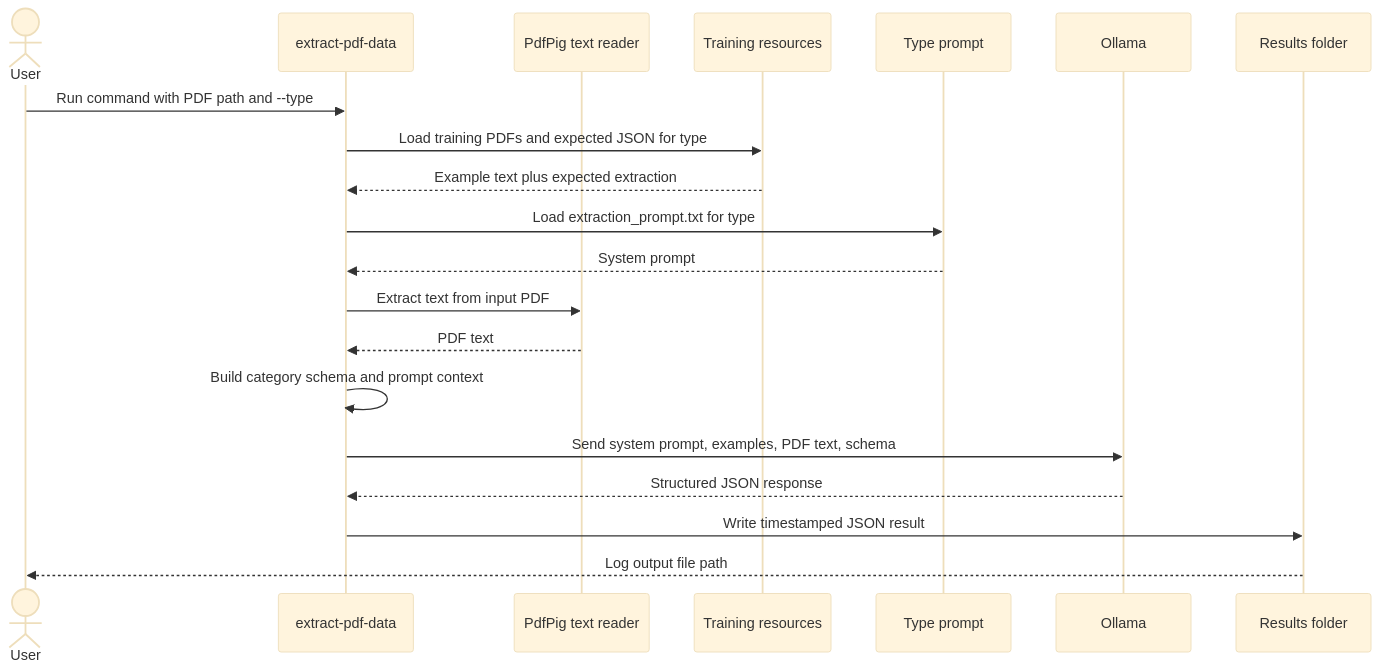
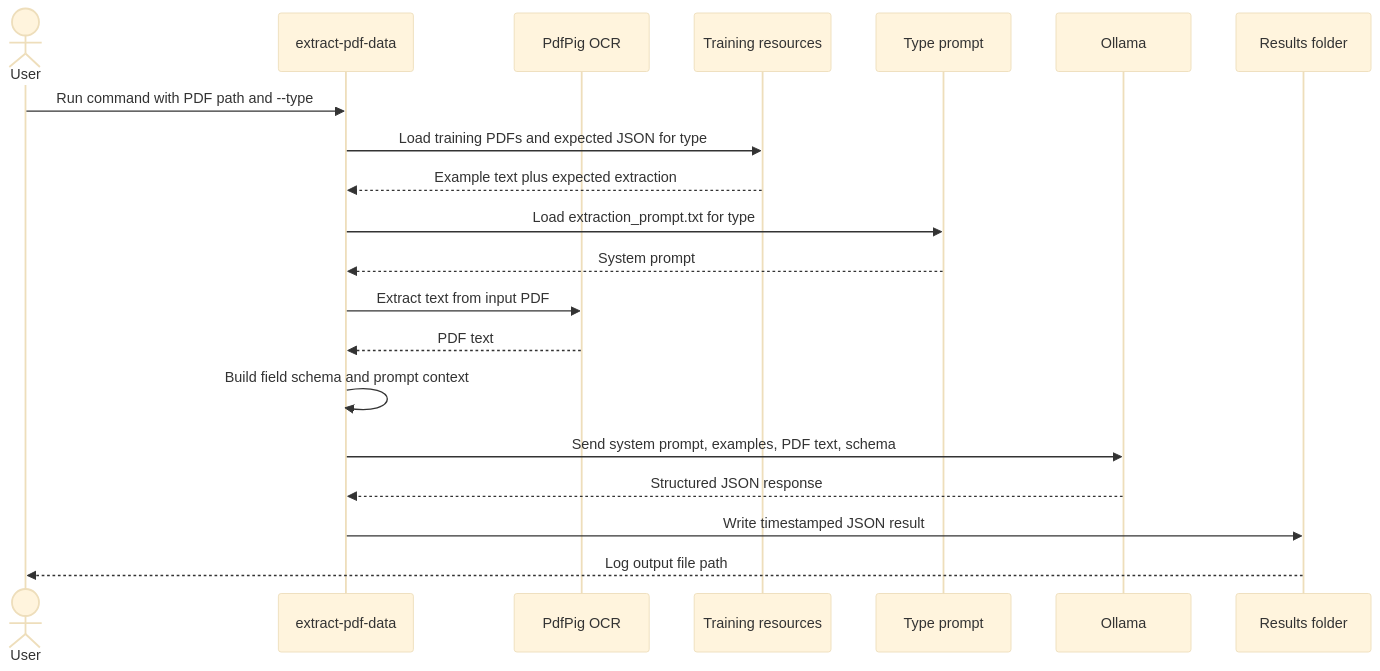
One commit to brandadrian/document-processor changed the second of 2 diagrams in README.md. Above: the diagram before and after it, drawn with Mermaid (base theme). The commit also changed other lines of this file and 17 other files, not shown here.

````diff
--- a/README.md
+++ b/README.md
@@ -56,23 +108,23 @@
 ```mermaid
 sequenceDiagram
     actor User
     participant CLI as extract-pdf-data
-    participant Text as PdfPig text reader
+    participant Text as PdfPig OCR
     participant Training as Training resources
     participant Prompt as Type prompt
     participant Ollama
     participant Output as Results folder
 
     User->>CLI: Run command with PDF path and --type
     CLI->>Training: Load training PDFs and expected JSON for type
     Training-->>CLI: Example text plus expected extraction
     CLI->>Prompt: Load extraction_prompt.txt for type
     Prompt-->>CLI: System prompt
     CLI->>Text: Extract text from input PDF
     Text-->>CLI: PDF text
-    CLI->>CLI: Build category schema and prompt context
+    CLI->>CLI: Build field schema and prompt context
     CLI->>Ollama: Send system prompt, examples, PDF text, schema
     Ollama-->>CLI: Structured JSON response
     CLI->>Output: Write timestamped JSON result
     Output-->>User: Log output file path
 ```
````
